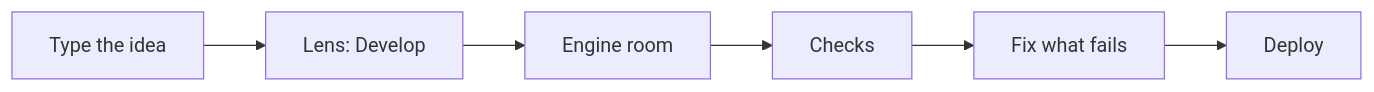
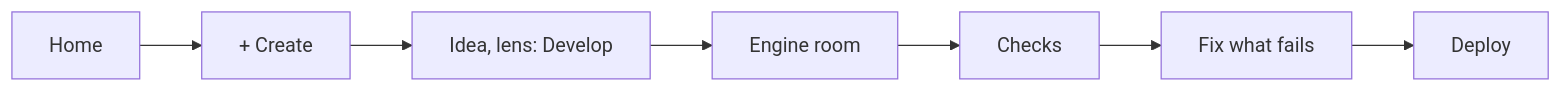
Before and after one commit to Pukujan/swarm-studio: diagram 18 of 22 in docs/ux/SITEMAP.md, drawn with Mermaid. The commit also changed other lines of this file and 4 other files, not shown here.

````diff
--- a/docs/ux/SITEMAP.md
+++ b/docs/ux/SITEMAP.md
@@ -400,4 +421,4 @@
 ```mermaid
 flowchart LR
-  c1[Type the idea] --> c2["Lens: Develop"] --> c3[Engine room] --> c4[Checks] --> c5[Fix what fails] --> c6[Deploy]
+  c0[Home] --> c1["+ Create"] --> c2["Idea, lens: Develop"] --> c3[Engine room] --> c4[Checks] --> c5[Fix what fails] --> c6[Deploy]
 ```
````
